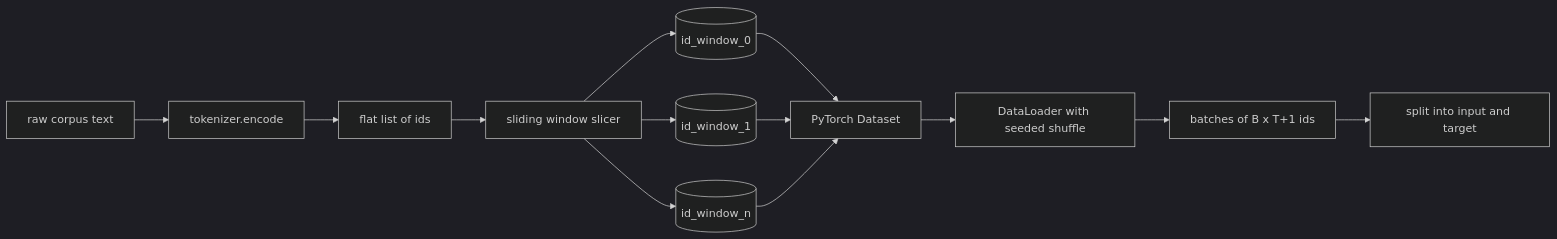
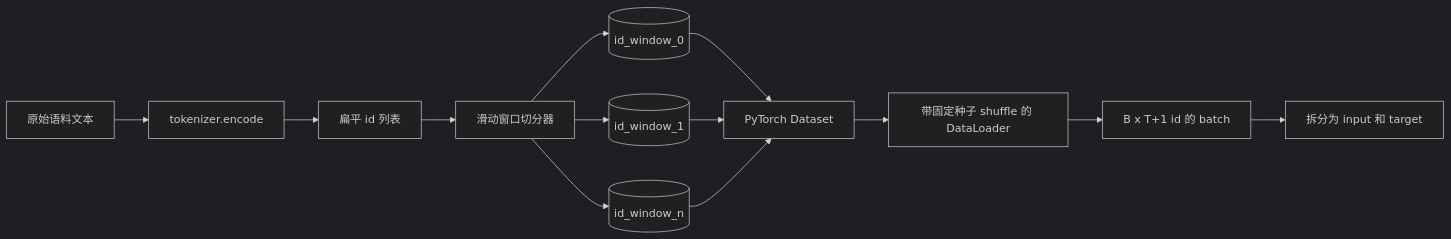
Before and after one commit to alessandrodinisio-ai/ai-engineering-learning-framework: the first of 2 diagrams in phases/19-capstone-projects/31-tokenized-dataset-sliding-window/docs/zh.md, drawn with Mermaid (dark theme). The commit also changed other lines of this file and 120 other files, not shown here.

First line of the commit message:
i18n(mermaid): 337 个 mermaid 图表标签中文化

````diff
--- a/phases/19-capstone-projects/31-tokenized-dataset-sliding-window/docs/zh.md
+++ b/phases/19-capstone-projects/31-tokenized-dataset-sliding-window/docs/zh.md
@@ -27,15 +27,15 @@
 ```mermaid
 flowchart LR
-    A[raw corpus text] --> B[tokenizer.encode]
-    B --> C[flat list of ids]
-    C --> D[sliding window slicer]
+    A[原始语料文本] --> B[tokenizer.encode]
+    B --> C[扁平 id 列表]
+    C --> D[滑动窗口切分器]
     D --> E[(id_window_0)]
     D --> F[(id_window_1)]
     D --> G[(id_window_n)]
     E --> H[PyTorch Dataset]
     F --> H
     G --> H
-    H --> I[DataLoader with seeded shuffle]
-    I --> J[batches of B x T+1 ids]
-    J --> K[split into input and target]
+    H --> I[带固定种子 shuffle 的 DataLoader]
+    I --> J[B x T+1 id 的 batch]
+    J --> K[拆分为 input 和 target]
 ```
````
